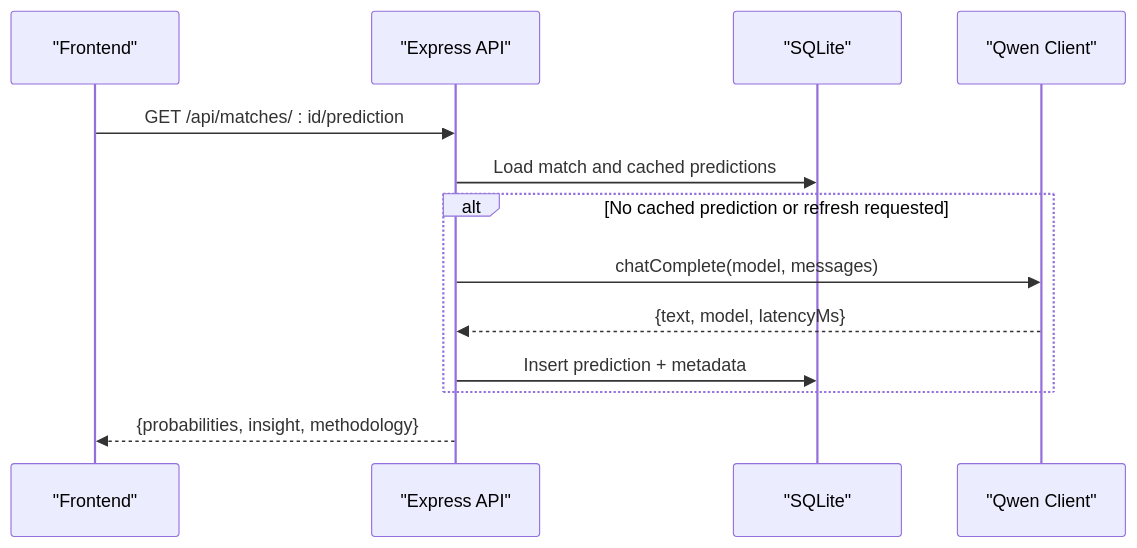
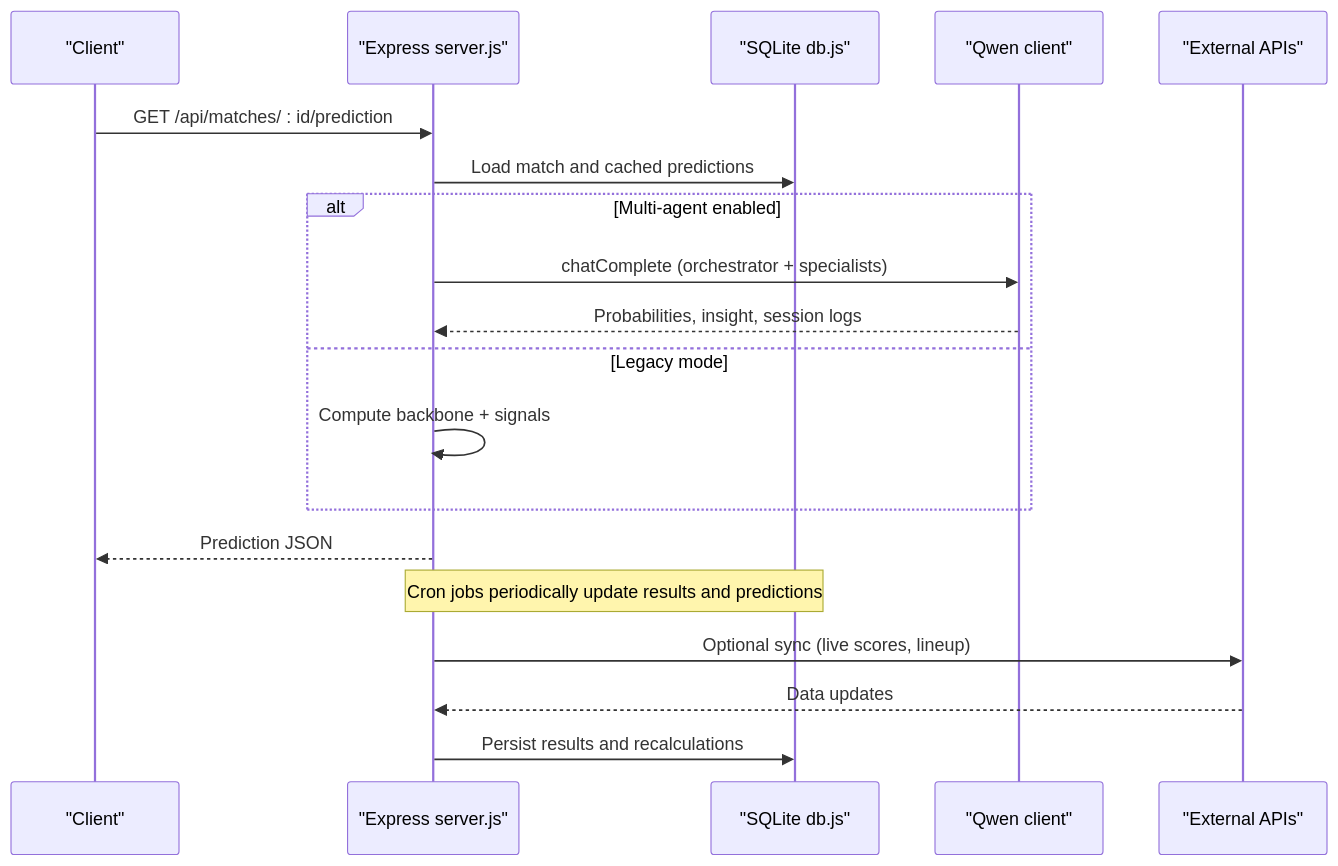
Before and after one commit to cheesiong/WC26-qwen: the third of 8 diagrams in .qoder/repowiki/en/content/Project Overview/Technology Stack.md, drawn with Mermaid. The commit also changed other lines of this file and 181 other files, not shown here.

First line of the commit message:
Add Sofascore and Google multi-source lineup scrapers

````diff
--- a/.qoder/repowiki/en/content/Project Overview/Technology Stack.md
+++ b/.qoder/repowiki/en/content/Project Overview/Technology Stack.md
@@ -148,15 +166,21 @@
 ```mermaid
 sequenceDiagram
-participant FE as "Frontend"
-participant API as "Express API"
-participant DB as "SQLite"
-participant Q as "Qwen Client"
-FE->>API : GET /api/matches/ : id/prediction
+participant Client as "Client"
+participant API as "Express server.js"
+participant DB as "SQLite db.js"
+participant QWEN as "Qwen client"
+participant EXT as "External APIs"
+Client->>API : GET /api/matches/ : id/prediction
 API->>DB : Load match and cached predictions
-alt No cached prediction or refresh requested
-API->>Q : chatComplete(model, messages)
-Q-->>API : {text, model, latencyMs}
-API->>DB : Insert prediction + metadata
+alt Multi-agent enabled
+API->>QWEN : chatComplete (orchestrator + specialists)
+QWEN-->>API : Probabilities, insight, session logs
+else Legacy mode
+API->>API : Compute backbone + signals
 end
-API-->>FE : {probabilities, insight, methodology}
+API-->>Client : Prediction JSON
+Note over API,DB : Cron jobs periodically update results and predictions
+API->>EXT : Optional sync (live scores, lineup)
+EXT-->>API : Data updates
+API->>DB : Persist results and recalculations
 ```
````
